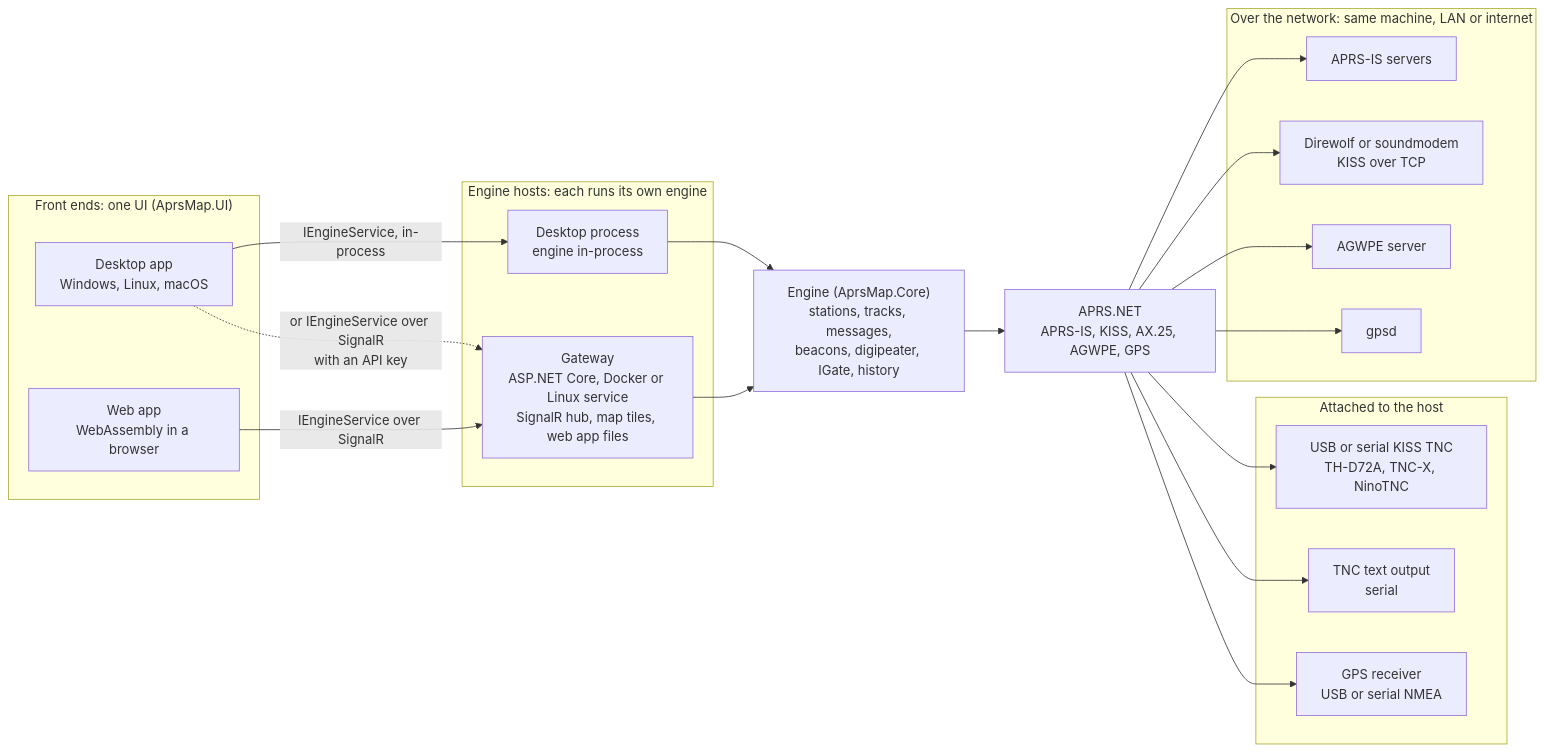
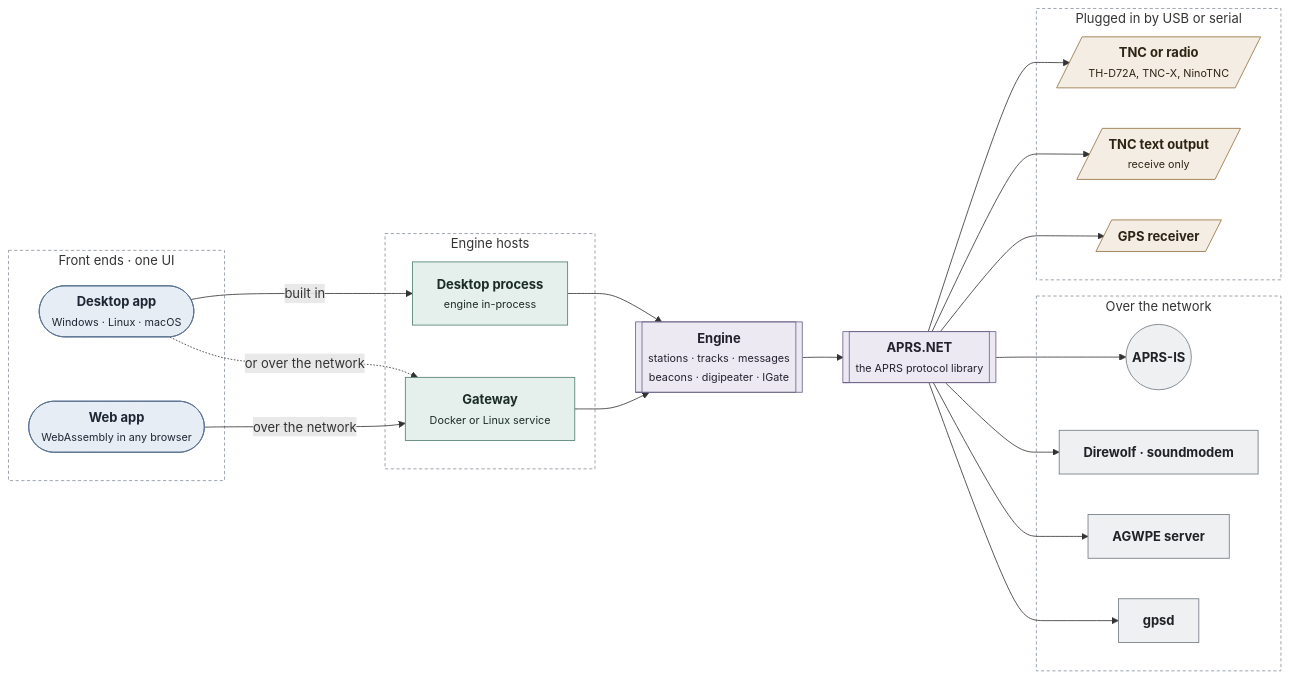
The first of 3 diagrams in README.md (APRS-NET/AprsMap), drawn with Mermaid before and after one commit. The commit also changed other lines of this file, not shown here.

Commit message:
docs(readme): quieter, styled diagrams with plainer links

````diff
--- a/README.md
+++ b/README.md
@@ -49,42 +49,52 @@
 ```mermaid
 flowchart LR
-    subgraph fronts["Front ends: one UI (AprsMap.UI)"]
-        desktop["Desktop app<br/>Windows, Linux, macOS"]
-        web["Web app<br/>WebAssembly in a browser"]
+    subgraph fronts["Front ends · one UI"]
+        desktop(["<b>Desktop app</b><br/><small>Windows · Linux · macOS</small>"])
+        web(["<b>Web app</b><br/><small>WebAssembly in any browser</small>"])
     end
 
-    subgraph hosts["Engine hosts: each runs its own engine"]
-        inproc["Desktop process<br/>engine in-process"]
-        gateway["Gateway<br/>ASP.NET Core, Docker or Linux service<br/>SignalR hub, map tiles, web app files"]
+    subgraph hosts["Engine hosts"]
+        inproc["<b>Desktop process</b><br/><small>engine in-process</small>"]
+        gateway["<b>Gateway</b><br/><small>Docker or Linux service</small>"]
     end
 
-    desktop -- "IEngineService, in-process" --> inproc
-    desktop -. "or IEngineService over SignalR<br/>with an API key" .-> gateway
-    web -- "IEngineService over SignalR" --> gateway
+    desktop -- "built in" --> inproc
+    desktop -. "or over the network" .-> gateway
+    web -- "over the network" --> gateway
 
     inproc --> engine
     gateway --> engine
-    engine["Engine (AprsMap.Core)<br/>stations, tracks, messages,<br/>beacons, digipeater, IGate, history"]
-    engine --> aprsnet["APRS.NET<br/>APRS-IS, KISS, AX.25, AGWPE, GPS"]
+    engine[["<b>Engine</b><br/><small>stations · tracks · messages<br/>beacons · digipeater · IGate</small>"]]
+    engine --> aprsnet[["<b>APRS.NET</b><br/><small>the APRS protocol library</small>"]]
 
-    subgraph local["Attached to the host"]
-        usbkiss["USB or serial KISS TNC<br/>TH-D72A, TNC-X, NinoTNC"]
-        tnctext["TNC text output<br/>serial"]
-        nmea["GPS receiver<br/>USB or serial NMEA"]
+    subgraph net["Over the network"]
+        aprsis(("<b>APRS-IS</b>"))
+        direwolf["<b>Direwolf · soundmodem</b>"]
+        agwpe["<b>AGWPE server</b>"]
+        gpsd["<b>gpsd</b>"]
     end
 
-    subgraph net["Over the network: same machine, LAN or internet"]
-        aprsis["APRS-IS servers"]
-        direwolf["Direwolf or soundmodem<br/>KISS over TCP"]
-        agwpe["AGWPE server"]
-        gpsd["gpsd"]
+    subgraph local["Plugged in by USB or serial"]
+        usbkiss[/"<b>TNC or radio</b><br/><small>TH-D72A, TNC-X, NinoTNC</small>"/]
+        tnctext[/"<b>TNC text output</b><br/><small>receive only</small>"/]
+        nmea[/"<b>GPS receiver</b>"/]
     end
 
-    aprsnet --> usbkiss
-    aprsnet --> tnctext
-    aprsnet --> nmea
-    aprsnet --> aprsis
-    aprsnet --> direwolf
-    aprsnet --> agwpe
-    aprsnet --> gpsd
+    aprsnet --> aprsis & direwolf & agwpe & gpsd
+    aprsnet --> usbkiss & tnctext & nmea
+
+    classDef client fill:#e7edf5,stroke:#58708f,color:#1d2733
+    classDef host fill:#e5efec,stroke:#4f7d71,color:#1b2c27
+    classDef core fill:#ece9f2,stroke:#6b6188,color:#24202e
+    classDef network fill:#eef0f1,stroke:#6f7880,color:#1f2326
+    classDef device fill:#f4ede3,stroke:#94703f,color:#2e2414
+    class desktop,web client
+    class inproc,gateway host
+    class engine,aprsnet core
+    class aprsis,direwolf,agwpe,gpsd network
+    class usbkiss,tnctext,nmea device
+    style fronts fill:none,stroke:#8a939c,stroke-dasharray:4 3
+    style hosts fill:none,stroke:#8a939c,stroke-dasharray:4 3
+    style net fill:none,stroke:#8a939c,stroke-dasharray:4 3
+    style local fill:none,stroke:#8a939c,stroke-dasharray:4 3
 ```
````
